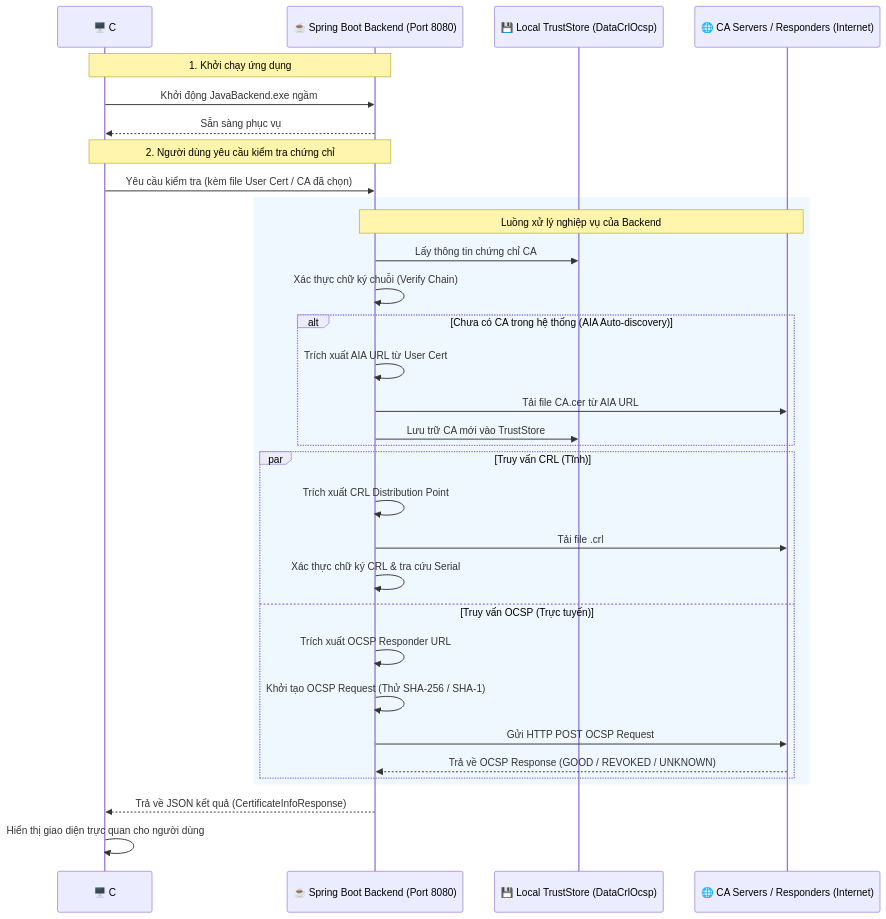
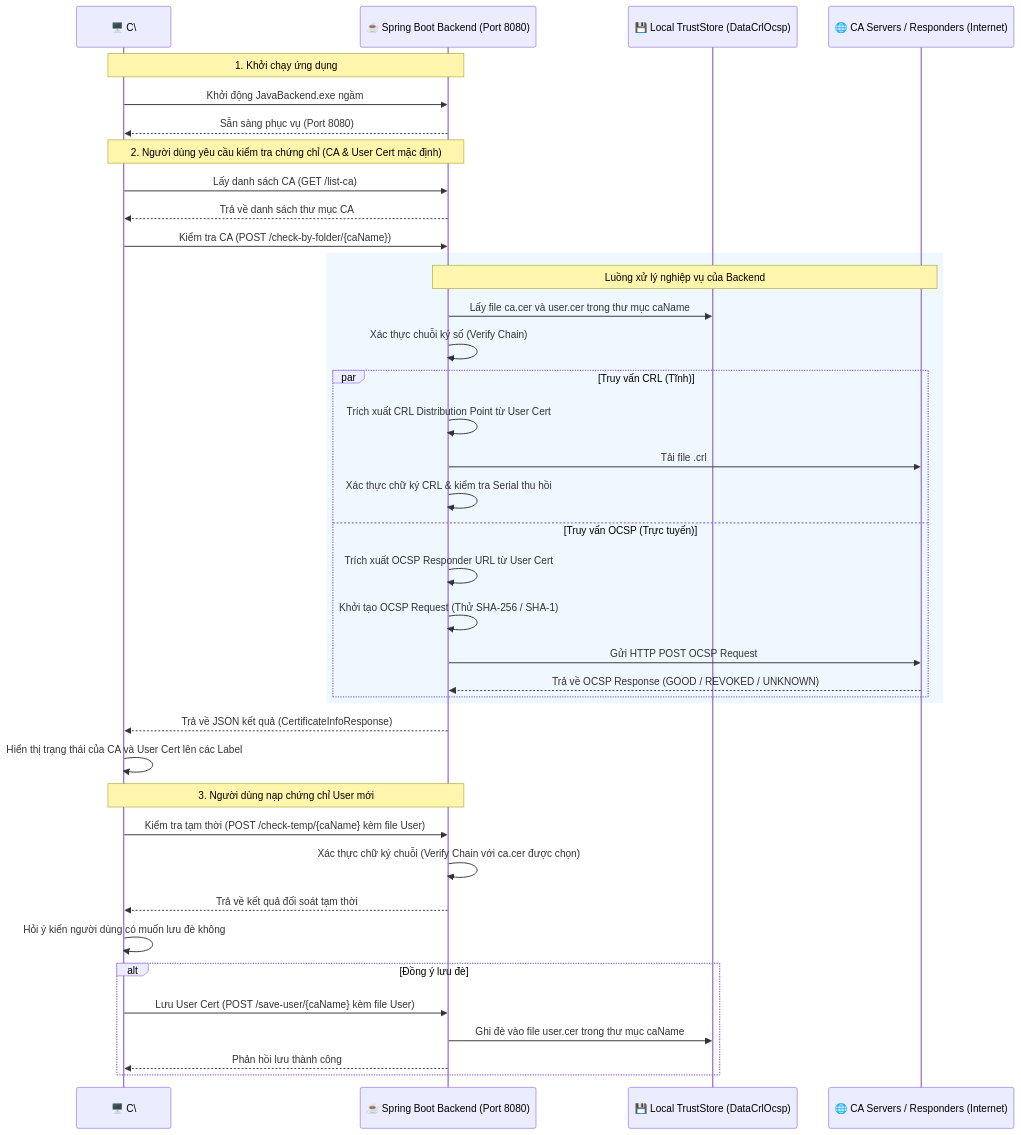
Before and after one commit to ChiHao144/pki-certificate-tool: the diagram in README.md, drawn with Mermaid. The commit also changed other lines of this file, not shown here.

````diff
--- a/README.md
+++ b/README.md
@@ -13,40 +13,47 @@
 ```mermaid
 sequenceDiagram
-    participant Client as 🖥️ C# Desktop Client (WinForms)
+    participant Client as 🖥️ C\# Desktop Client (WinForms)
     participant Backend as ☕ Spring Boot Backend (Port 8080)
     participant Local as 💾 Local TrustStore (DataCrlOcsp)
     participant CA as 🌐 CA Servers / Responders (Internet)
 
     Note over Client, Backend: 1. Khởi chạy ứng dụng
     Client->>Backend: Khởi động JavaBackend.exe ngầm
-    Backend-->>Client: Sẵn sàng phục vụ
+    Backend-->>Client: Sẵn sàng phục vụ (Port 8080)
 
-    Note over Client, Backend: 2. Người dùng yêu cầu kiểm tra chứng chỉ
-    Client->>Backend: Yêu cầu kiểm tra (kèm file User Cert / CA đã chọn)
+    Note over Client, Backend: 2. Người dùng yêu cầu kiểm tra chứng chỉ (CA & User Cert mặc định)
+    Client->>Backend: Lấy danh sách CA (GET /list-ca)
+    Backend-->>Client: Trả về danh sách thư mục CA
+    Client->>Backend: Kiểm tra CA (POST /check-by-folder/{caName})
     
     rect rgb(240, 248, 255)
         Note over Backend, CA: Luồng xử lý nghiệp vụ của Backend
-        Backend->>Local: Lấy thông tin chứng chỉ CA
-        Backend->>Backend: Xác thực chữ ký chuỗi (Verify Chain)
+        Backend->>Local: Lấy file ca.cer và user.cer trong thư mục caName
+        Backend->>Backend: Xác thực chuỗi ký số (Verify Chain)
         
-        alt Chưa có CA trong hệ thống (AIA Auto-discovery)
-            Backend->>Backend: Trích xuất AIA URL từ User Cert
-            Backend->>CA: Tải file CA.cer từ AIA URL
-            Backend->>Local: Lưu trữ CA mới vào TrustStore
-        end
-
         par Truy vấn CRL (Tĩnh)
-            Backend->>Backend: Trích xuất CRL Distribution Point
+            Backend->>Backend: Trích xuất CRL Distribution Point từ User Cert
             Backend->>CA: Tải file .crl
-            Backend->>Backend: Xác thực chữ ký CRL & tra cứu Serial
+            Backend->>Backend: Xác thực chữ ký CRL & kiểm tra Serial thu hồi
         and Truy vấn OCSP (Trực tuyến)
-            Backend->>Backend: Trích xuất OCSP Responder URL
+            Backend->>Backend: Trích xuất OCSP Responder URL từ User Cert
             Backend->>Backend: Khởi tạo OCSP Request (Thử SHA-256 / SHA-1)
             Backend->>CA: Gửi HTTP POST OCSP Request
             CA-->>Backend: Trả về OCSP Response (GOOD / REVOKED / UNKNOWN)
         end
     end
 
     Backend-->>Client: Trả về JSON kết quả (CertificateInfoResponse)
-    Client->>Client: Hiển thị giao diện trực quan cho người dùng
+    Client->>Client: Hiển thị trạng thái của CA và User Cert lên các Label
+
+    Note over Client, Backend: 3. Người dùng nạp chứng chỉ User mới
+    Client->>Backend: Kiểm tra tạm thời (POST /check-temp/{caName} kèm file User)
+    Backend->>Backend: Xác thực chữ ký chuỗi (Verify Chain với ca.cer được chọn)
+    Backend-->>Client: Trả về kết quả đối soát tạm thời
+    Client->>Client: Hỏi ý kiến người dùng có muốn lưu đè không
+    alt Đồng ý lưu đè
+        Client->>Backend: Lưu User Cert (POST /save-user/{caName} kèm file User)
+        Backend->>Local: Ghi đè vào file user.cer trong thư mục caName
+        Backend-->>Client: Phản hồi lưu thành công
+    end
 ```
````
